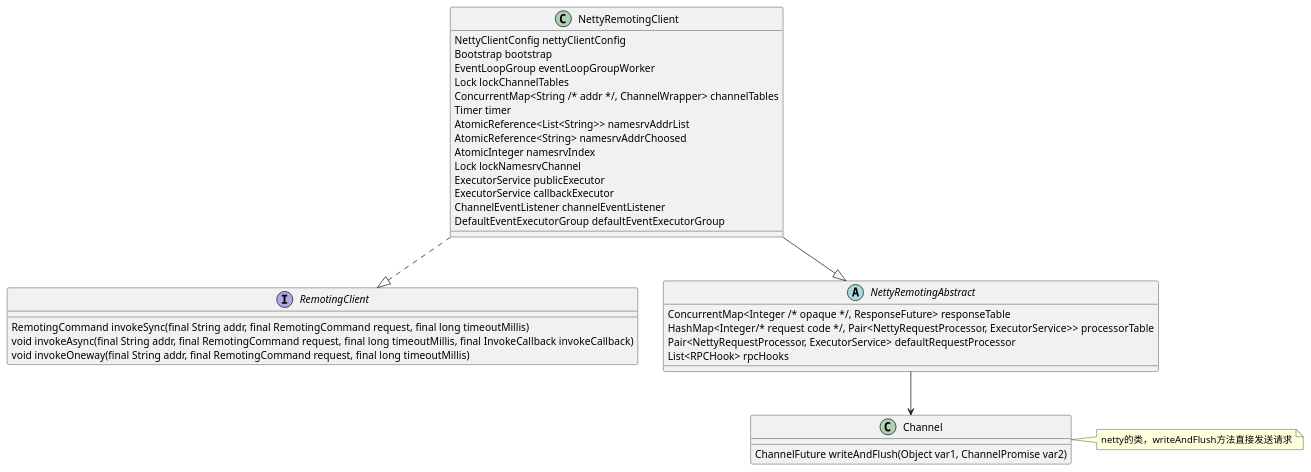
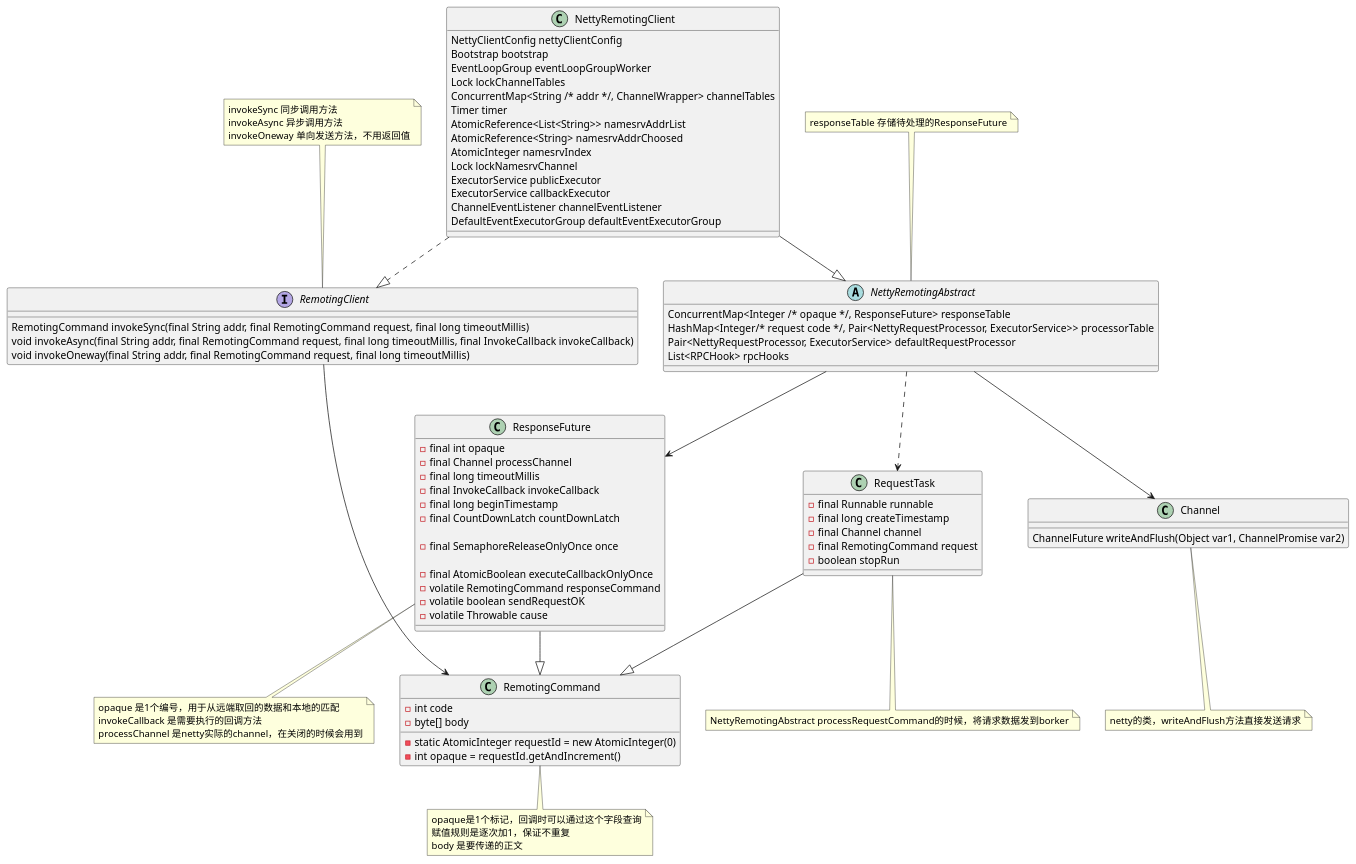
The diagram in mydoc/client/RemotingClient/NettyRemotingClient.puml (spiritSport/rocketmq), drawn with PlantUML before and after one commit. The commit also changed 22 other files, not shown here.

```diff
--- a/mydoc/client/RemotingClient/NettyRemotingClient.puml
+++ b/mydoc/client/RemotingClient/NettyRemotingClient.puml
@@ -1,42 +1,97 @@
 @startuml
 
 interface RemotingClient{
 
     RemotingCommand invokeSync(final String addr, final RemotingCommand request, final long timeoutMillis)
     void invokeAsync(final String addr, final RemotingCommand request, final long timeoutMillis, final InvokeCallback invokeCallback)
     void invokeOneway(final String addr, final RemotingCommand request, final long timeoutMillis)
 
 }
-
+note top
+     invokeSync 同步调用方法
+     invokeAsync 异步调用方法
+     invokeOneway 单向发送方法，不用返回值
+end note
 abstract class NettyRemotingAbstract{
   ConcurrentMap<Integer /* opaque */, ResponseFuture> responseTable
   HashMap<Integer/* request code */, Pair<NettyRequestProcessor, ExecutorService>> processorTable
   Pair<NettyRequestProcessor, ExecutorService> defaultRequestProcessor
   List<RPCHook> rpcHooks
 }
+note top
+    responseTable 存储待处理的ResponseFuture
+end note
 
+RequestTask--|>RemotingCommand
+ResponseFuture--|>RemotingCommand
+class RequestTask{
+     - final Runnable runnable
+    - final long createTimestamp
+    - final Channel channel
+    - final RemotingCommand request
+    - boolean stopRun
+}
+note bottom
+NettyRemotingAbstract processRequestCommand的时候，将请求数据发到borker
+end note
+NettyRemotingAbstract..>RequestTask
+
+class ResponseFuture{
+    - final int opaque
+    - final Channel processChannel
+    - final long timeoutMillis
+    - final InvokeCallback invokeCallback
+    - final long beginTimestamp
+    - final CountDownLatch countDownLatch
+
+    - final SemaphoreReleaseOnlyOnce once
+
+    - final AtomicBoolean executeCallbackOnlyOnce
+    - volatile RemotingCommand responseCommand
+    - volatile boolean sendRequestOK
+    - volatile Throwable cause
+}
+note bottom
+    opaque 是1个编号，用于从远端取回的数据和本地的匹配
+    invokeCallback 是需要执行的回调方法
+    processChannel 是netty实际的channel，在关闭的时候会用到
+end note
+NettyRemotingAbstract-->ResponseFuture
+
+class RemotingCommand{
+    - static AtomicInteger requestId = new AtomicInteger(0)
+    - int code
+    - int opaque  = requestId.getAndIncrement()
+    - byte[] body
+}
+note bottom
+    opaque是1个标记，回调时可以通过这个字段查询
+    赋值规则是逐次加1，保证不重复
+    body 是要传递的正文
+end note
+RemotingClient-->RemotingCommand
 class Channel{
  ChannelFuture writeAndFlush(Object var1, ChannelPromise var2)
 }
-note right:netty的类，writeAndFlush方法直接发送请求
+note bottom:netty的类，writeAndFlush方法直接发送请求
 class NettyRemotingClient{
     NettyClientConfig nettyClientConfig
     Bootstrap bootstrap
     EventLoopGroup eventLoopGroupWorker
     Lock lockChannelTables
     ConcurrentMap<String /* addr */, ChannelWrapper> channelTables
     Timer timer
     AtomicReference<List<String>> namesrvAddrList
     AtomicReference<String> namesrvAddrChoosed
     AtomicInteger namesrvIndex
     Lock lockNamesrvChannel
     ExecutorService publicExecutor
     ExecutorService callbackExecutor
     ChannelEventListener channelEventListener
     DefaultEventExecutorGroup defaultEventExecutorGroup
 }
 
 NettyRemotingClient ..|>RemotingClient
 NettyRemotingClient --|>NettyRemotingAbstract
 NettyRemotingAbstract-->Channel
 @enduml
```
